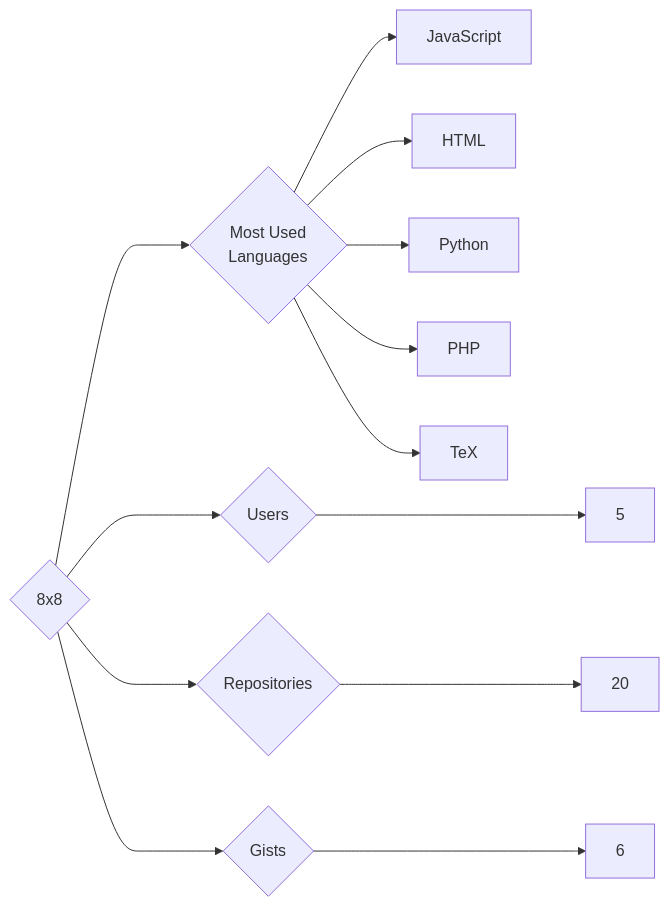
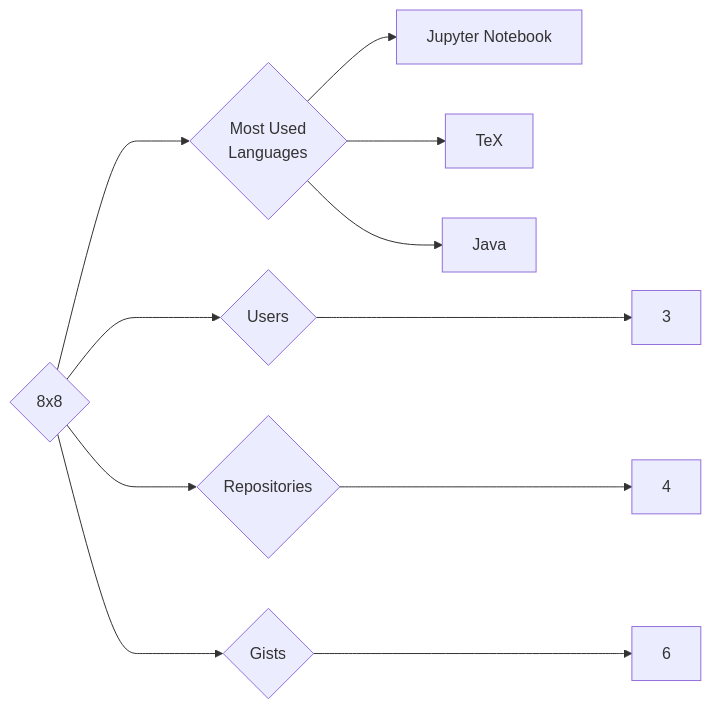
One commit to trickest/insiders changed the diagram in targets/8x8/README.md. Above: the diagram before and after it, drawn with Mermaid. The commit also changed 1007 other files, not shown here.

````diff
--- a/targets/8x8/README.md
+++ b/targets/8x8/README.md
@@ -3,13 +3,11 @@
 ```mermaid
 graph LR
 COMPANY_NAME{8x8}
-COMPANY_NAME ---> U{Users} ---> UN[5]
-COMPANY_NAME ---> R{Repositories} ---> RN[20]
+COMPANY_NAME ---> U{Users} ---> UN[3]
+COMPANY_NAME ---> R{Repositories} ---> RN[4]
 COMPANY_NAME ---> G{Gists} ---> GN[6]
 COMPANY_NAME ---> ML{Most Used<br>Languages}
-ML --> JavaScript[JavaScript]
-ML --> HTML[HTML]
-ML --> Python[Python]
-ML --> PHP[PHP]
+ML --> Jupyter_Notebook[Jupyter Notebook]
 ML --> TeX[TeX]
+ML --> Java[Java]
 ```
````
